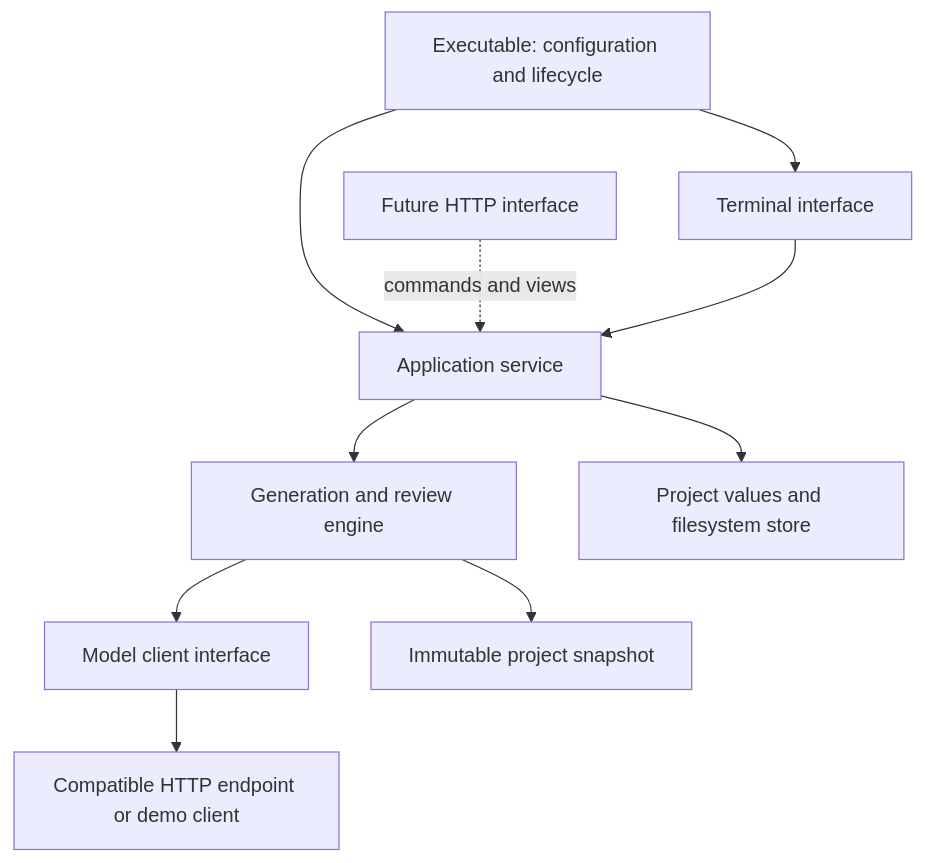
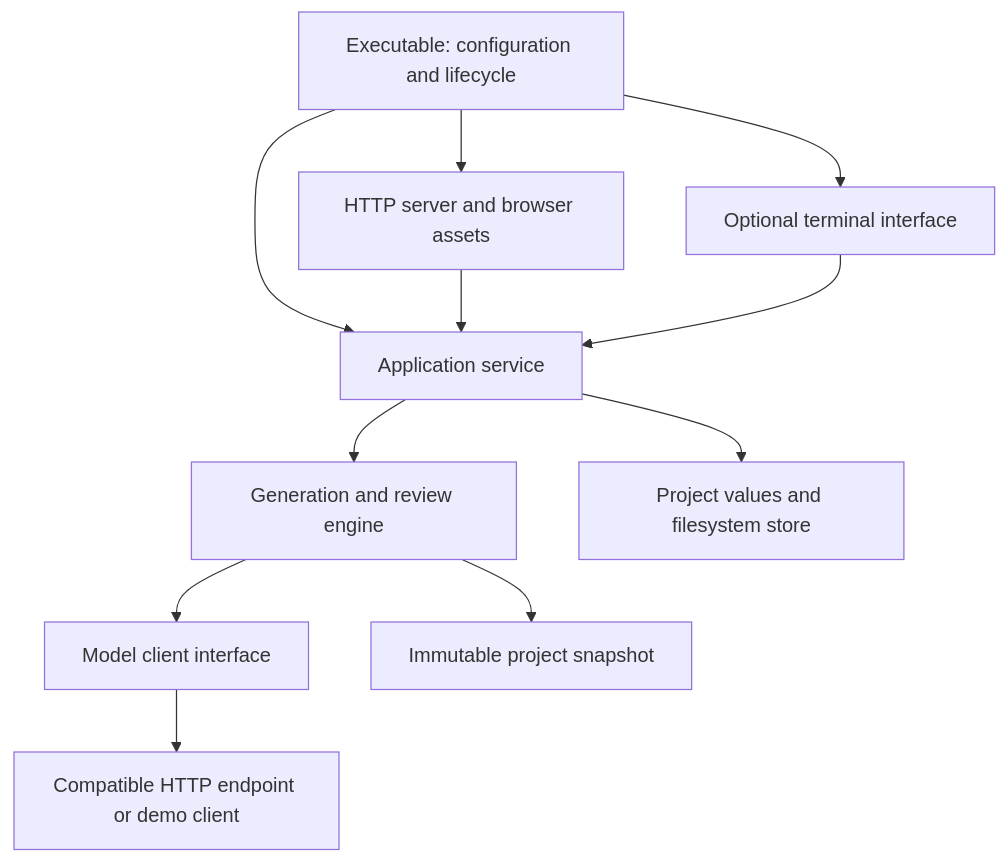
The diagram in docs/architecture.md (aipokalyptik/iterauthor), drawn with Mermaid before and after one commit. The commit also changed other lines of this file and 21 other files, not shown here.

````diff
--- a/docs/architecture.md
+++ b/docs/architecture.md
@@ -5,12 +5,13 @@
 ```mermaid
 flowchart TD
-    CLI[Executable: configuration and lifecycle] --> TUI[Terminal interface]
+    CLI[Executable: configuration and lifecycle] --> WEB[HTTP server and browser assets]
+    CLI --> TUI[Optional terminal interface]
     CLI --> APP[Application service]
-    WEB[Future HTTP interface] -. commands and views .-> APP
+    WEB --> APP
     TUI --> APP
     APP --> ENGINE[Generation and review engine]
     APP --> STORE[Project values and filesystem store]
     ENGINE --> CLIENT[Model client interface]
     ENGINE --> VALUES[Immutable project snapshot]
     CLIENT --> PROVIDER[Compatible HTTP endpoint or demo client]
 ```
````
